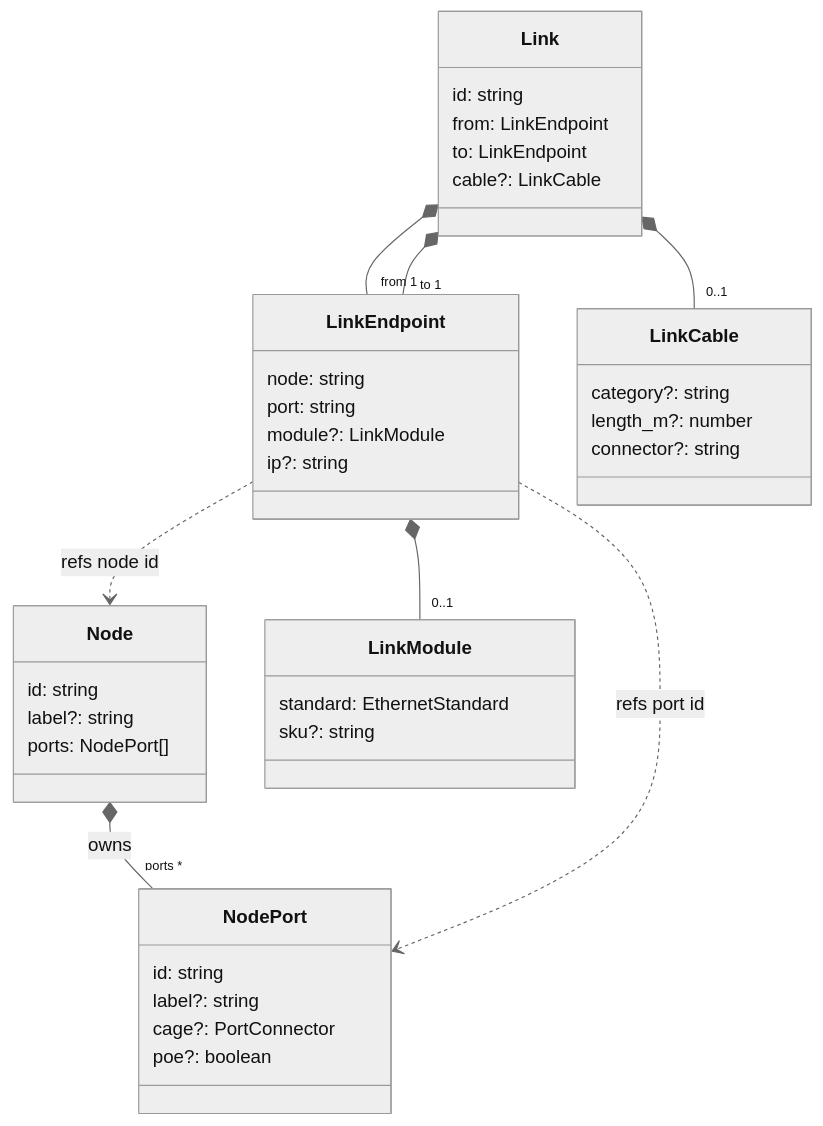
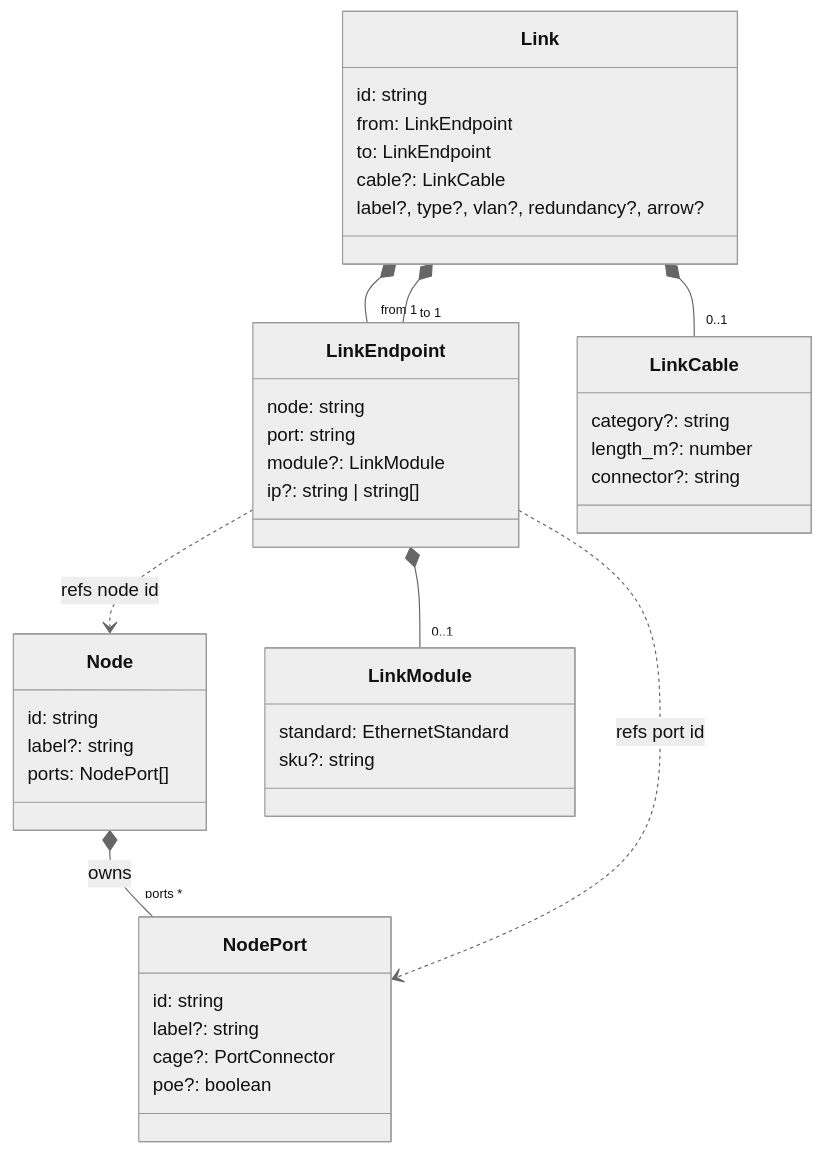
Before and after one commit to konoe-akitoshi/shumoku: the second of 3 diagrams in apps/editor/docs/connection-model.md, drawn with Mermaid (neutral theme). The commit also changed other lines of this file, not shown here.

First line of the commit message:
docs(connection-model): consolidate to two diagrams

````diff
--- a/apps/editor/docs/connection-model.md
+++ b/apps/editor/docs/connection-model.md
@@ -100,43 +58,44 @@
 ```mermaid
 classDiagram
   class Node {
     id: string
     label?: string
     ports: NodePort[]
   }
   class NodePort {
     id: string
     label?: string
     cage?: PortConnector
     poe?: boolean
   }
   class Link {
     id: string
     from: LinkEndpoint
     to: LinkEndpoint
     cable?: LinkCable
+    label?, type?, vlan?, redundancy?, arrow?
   }
   class LinkEndpoint {
     node: string
     port: string
     module?: LinkModule
-    ip?: string
+    ip?: string | string[]
   }
   class LinkModule {
     standard: EthernetStandard
     sku?: string
   }
   class LinkCable {
     category?: string
     length_m?: number
     connector?: string
   }
 
   Node *-- "ports *" NodePort : owns
   Link *-- "from 1" LinkEndpoint
   Link *-- "to 1" LinkEndpoint
   Link *-- "0..1" LinkCable
   LinkEndpoint *-- "0..1" LinkModule
   LinkEndpoint ..> Node : refs node id
   LinkEndpoint ..> NodePort : refs port id
 ```
````
